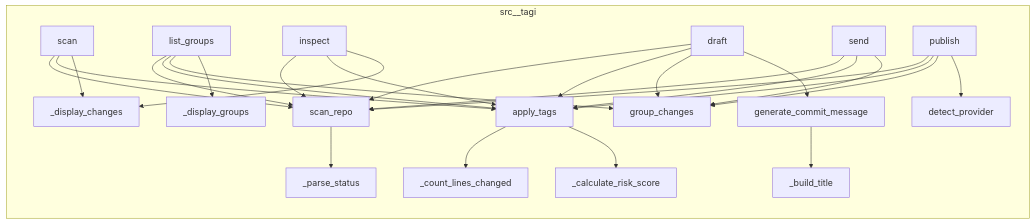
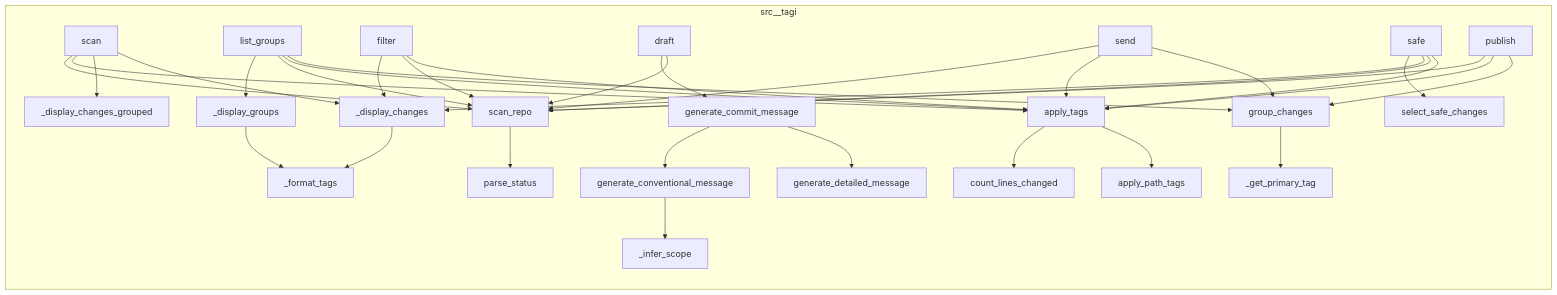
One commit to semcod/tagi changed the diagram in project/calls.mmd. Above: the diagram before and after it, drawn with Mermaid. The commit also changed 4 other files, not shown here.

```diff
--- a/project/calls.mmd
+++ b/project/calls.mmd
@@ -1,46 +1,59 @@
 flowchart LR
 %% generated in 0.00s
     subgraph src__tagi
-        src__tagi__heuristics___calculate_risk_score["_calculate_risk_score"]
+        src__tagi__cli__scan["scan"]
+        src__tagi__scanner__files__count_lines_changed["count_lines_changed"]
+        src__tagi__scanner__status__parse_status["parse_status"]
+        src__tagi__composer__commit_message__generate_conventional_message["generate_conventional_message"]
+        src__tagi__heuristics__tags__apply_tags["apply_tags"]
         src__tagi__cli__publish["publish"]
-        src__tagi__scanner__scan_repo["scan_repo"]
-        src__tagi__providers__detect_provider["detect_provider"]
+        src__tagi__cli__send["send"]
+        src__tagi__composer__commit_message___infer_scope["_infer_scope"]
+        src__tagi__planner__selector__select_safe_changes["select_safe_changes"]
+        src__tagi__cli__safe["safe"]
+        src__tagi__planner__grouper__group_changes["group_changes"]
         src__tagi__cli__list_groups["list_groups"]
+        src__tagi__composer__commit_message__generate_commit_message["generate_commit_message"]
+        src__tagi__composer__commit_message__generate_detailed_message["generate_detailed_message"]
+        src__tagi__cli__filter["filter"]
+        src__tagi__cli___display_changes_grouped["_display_changes_grouped"]
         src__tagi__cli__draft["draft"]
-        src__tagi__cli__send["send"]
+        src__tagi__heuristics__tags__apply_path_tags["apply_path_tags"]
         src__tagi__cli___display_groups["_display_groups"]
-        src__tagi__composer___build_title["_build_title"]
+        src__tagi__planner__grouper___get_primary_tag["_get_primary_tag"]
         src__tagi__cli___display_changes["_display_changes"]
-        src__tagi__heuristics__apply_tags["apply_tags"]
-        src__tagi__cli__inspect["inspect"]
-        src__tagi__composer__generate_commit_message["generate_commit_message"]
-        src__tagi__heuristics___count_lines_changed["_count_lines_changed"]
-        src__tagi__cli__scan["scan"]
-        src__tagi__planner__group_changes["group_changes"]
-        src__tagi__scanner___parse_status["_parse_status"]
+        src__tagi__scanner__status__scan_repo["scan_repo"]
+        src__tagi__cli___format_tags["_format_tags"]
     end
-    src__tagi__cli__scan --> src__tagi__scanner__scan_repo
-    src__tagi__cli__scan --> src__tagi__heuristics__apply_tags
+    src__tagi__scanner__status__scan_repo --> src__tagi__scanner__status__parse_status
+    src__tagi__heuristics__tags__apply_tags --> src__tagi__scanner__files__count_lines_changed
+    src__tagi__heuristics__tags__apply_tags --> src__tagi__heuristics__tags__apply_path_tags
+    src__tagi__composer__commit_message__generate_commit_message --> src__tagi__composer__commit_message__generate_conventional_message
+    src__tagi__composer__commit_message__generate_commit_message --> src__tagi__composer__commit_message__generate_detailed_message
+    src__tagi__composer__commit_message__generate_conventional_message --> src__tagi__composer__commit_message___infer_scope
+    src__tagi__planner__grouper__group_changes --> src__tagi__planner__grouper___get_primary_tag
+    src__tagi__cli__scan --> src__tagi__scanner__status__scan_repo
+    src__tagi__cli__scan --> src__tagi__heuristics__tags__apply_tags
+    src__tagi__cli__scan --> src__tagi__cli___display_changes_grouped
     src__tagi__cli__scan --> src__tagi__cli___display_changes
-    src__tagi__cli__list_groups --> src__tagi__scanner__scan_repo
-    src__tagi__cli__list_groups --> src__tagi__heuristics__apply_tags
-    src__tagi__cli__list_groups --> src__tagi__planner__group_changes
     src__tagi__cli__list_groups --> src__tagi__cli___display_groups
-    src__tagi__cli__inspect --> src__tagi__scanner__scan_repo
-    src__tagi__cli__inspect --> src__tagi__heuristics__apply_tags
-    src__tagi__cli__inspect --> src__tagi__cli___display_changes
-    src__tagi__cli__draft --> src__tagi__scanner__scan_repo
-    src__tagi__cli__draft --> src__tagi__heuristics__apply_tags
-    src__tagi__cli__draft --> src__tagi__planner__group_changes
-    src__tagi__cli__draft --> src__tagi__composer__generate_commit_message
-    src__tagi__cli__send --> src__tagi__scanner__scan_repo
-    src__tagi__cli__send --> src__tagi__heuristics__apply_tags
-    src__tagi__cli__send --> src__tagi__planner__group_changes
-    src__tagi__cli__publish --> src__tagi__scanner__scan_repo
-    src__tagi__cli__publish --> src__tagi__heuristics__apply_tags
-    src__tagi__cli__publish --> src__tagi__planner__group_changes
-    src__tagi__cli__publish --> src__tagi__providers__detect_provider
-    src__tagi__composer__generate_commit_message --> src__tagi__composer___build_title
-    src__tagi__scanner__scan_repo --> src__tagi__scanner___parse_status
-    src__tagi__heuristics__apply_tags --> src__tagi__heuristics___count_lines_changed
-    src__tagi__heuristics__apply_tags --> src__tagi__heuristics___calculate_risk_score
+    src__tagi__cli__list_groups --> src__tagi__scanner__status__scan_repo
+    src__tagi__cli__list_groups --> src__tagi__heuristics__tags__apply_tags
+    src__tagi__cli__list_groups --> src__tagi__planner__grouper__group_changes
+    src__tagi__cli__filter --> src__tagi__cli___display_changes
+    src__tagi__cli__filter --> src__tagi__scanner__status__scan_repo
+    src__tagi__cli__filter --> src__tagi__heuristics__tags__apply_tags
+    src__tagi__cli__draft --> src__tagi__composer__commit_message__generate_commit_message
+    src__tagi__cli__draft --> src__tagi__scanner__status__scan_repo
+    src__tagi__cli__send --> src__tagi__scanner__status__scan_repo
+    src__tagi__cli__send --> src__tagi__heuristics__tags__apply_tags
+    src__tagi__cli__send --> src__tagi__planner__grouper__group_changes
+    src__tagi__cli__safe --> src__tagi__planner__selector__select_safe_changes
+    src__tagi__cli__safe --> src__tagi__cli___display_changes
+    src__tagi__cli__safe --> src__tagi__scanner__status__scan_repo
+    src__tagi__cli__safe --> src__tagi__heuristics__tags__apply_tags
+    src__tagi__cli__publish --> src__tagi__scanner__status__scan_repo
+    src__tagi__cli__publish --> src__tagi__heuristics__tags__apply_tags
+    src__tagi__cli__publish --> src__tagi__planner__grouper__group_changes
+    src__tagi__cli___display_changes --> src__tagi__cli___format_tags
+    src__tagi__cli___display_groups --> src__tagi__cli___format_tags
```
